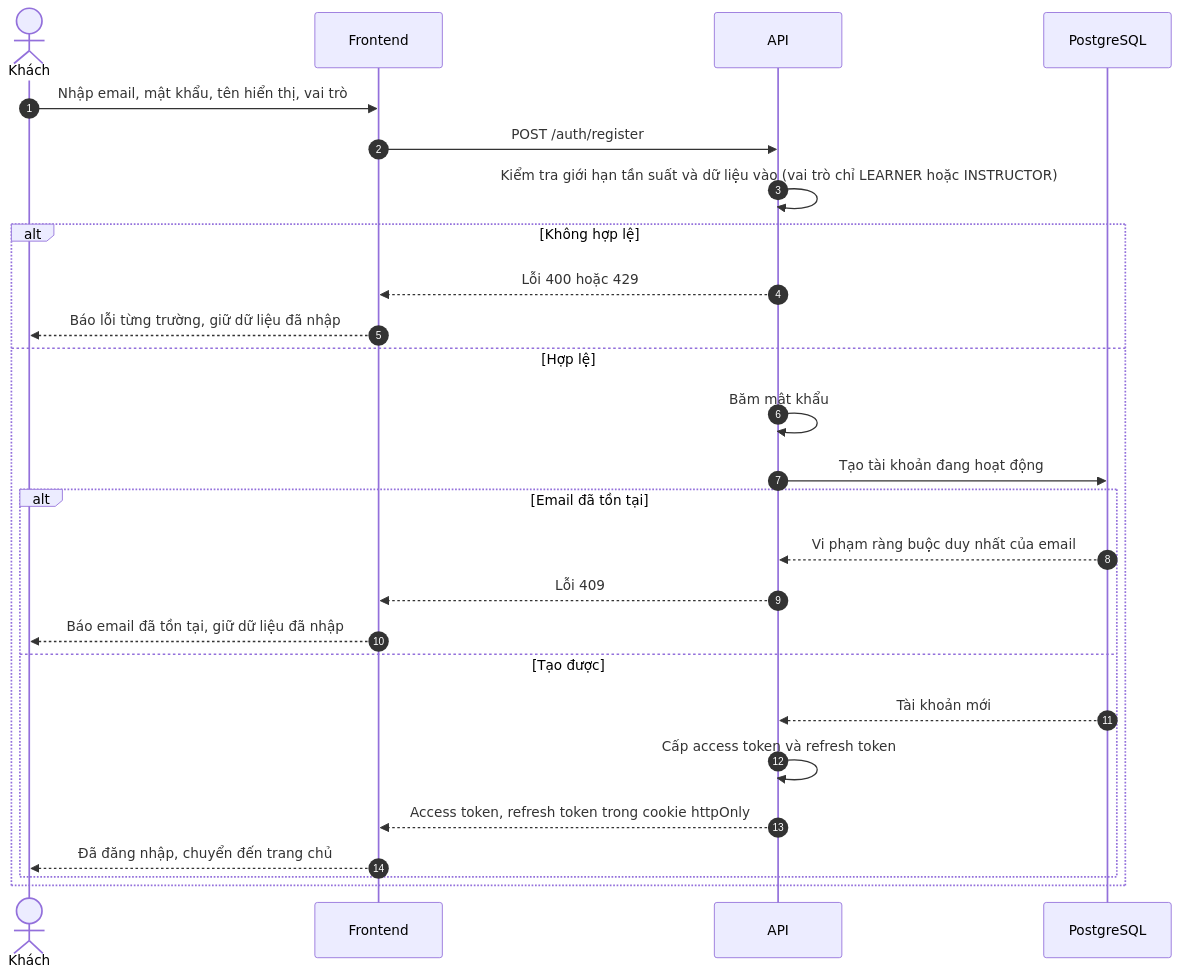
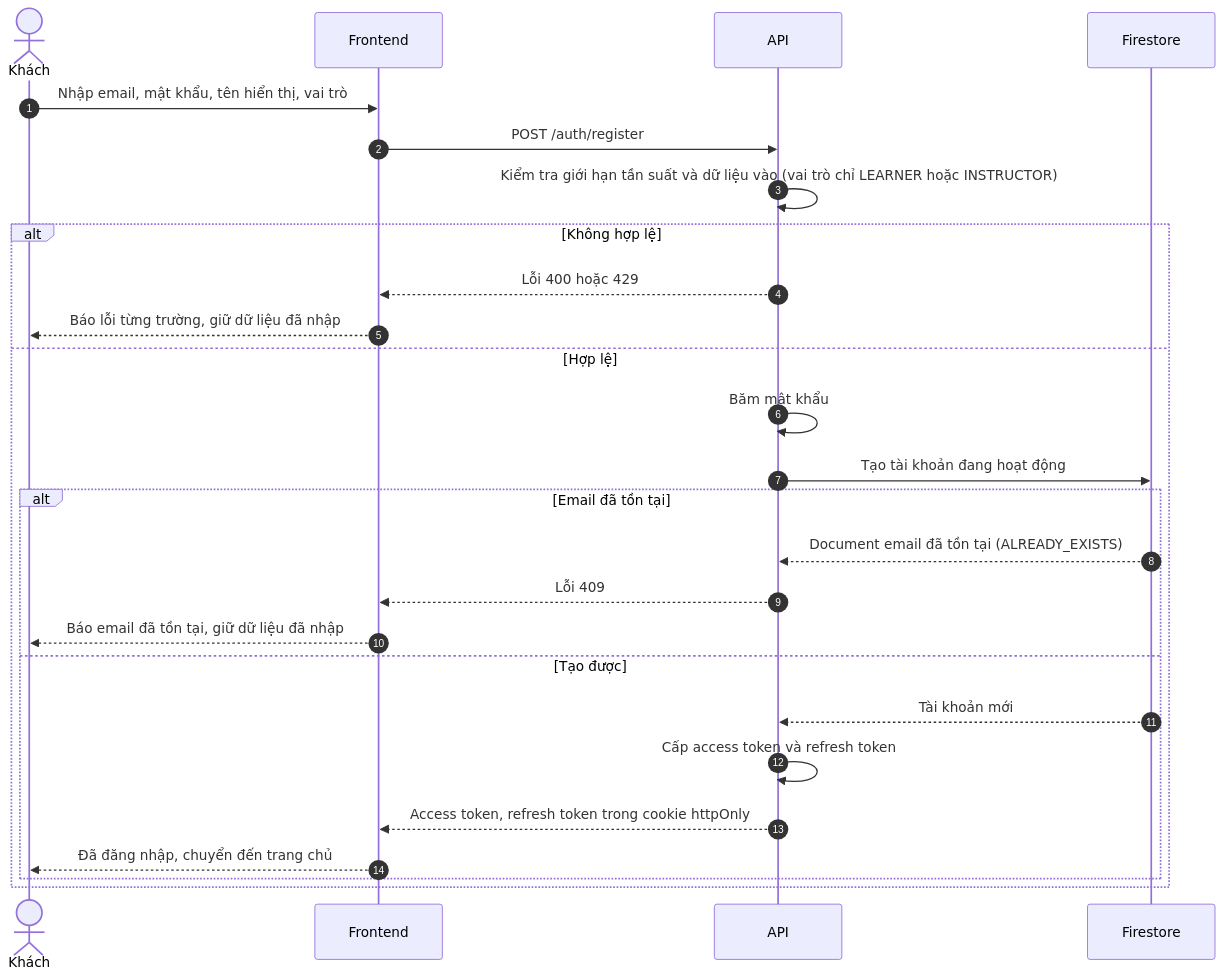
One commit to krisaleth/codepath changed the sixth of 13 diagrams in docs/sequence-diagram.md. Above: the diagram before and after it, drawn with Mermaid. The commit also changed other lines of this file and 9 other files, not shown here.

First line of the commit message:
docs: đổi cơ sở dữ liệu từ PostgreSQL và Prisma sang Cloud Firestore

````diff
--- a/docs/sequence-diagram.md
+++ b/docs/sequence-diagram.md
@@ -409,31 +420,31 @@
 ```mermaid
 sequenceDiagram
   autonumber
   actor K as Khách
   participant FE as Frontend
   participant API as API
-  participant DB as PostgreSQL
+  participant DB as Firestore
 
   K->>FE: Nhập email, mật khẩu, tên hiển thị, vai trò
   FE->>API: POST /auth/register
   API->>API: Kiểm tra giới hạn tần suất và dữ liệu vào (vai trò chỉ LEARNER hoặc INSTRUCTOR)
 
   alt Không hợp lệ
     API-->>FE: Lỗi 400 hoặc 429
     FE-->>K: Báo lỗi từng trường, giữ dữ liệu đã nhập
   else Hợp lệ
     API->>API: Băm mật khẩu
     API->>DB: Tạo tài khoản đang hoạt động
 
     alt Email đã tồn tại
-      DB-->>API: Vi phạm ràng buộc duy nhất của email
+      DB-->>API: Document email đã tồn tại (ALREADY_EXISTS)
       API-->>FE: Lỗi 409
       FE-->>K: Báo email đã tồn tại, giữ dữ liệu đã nhập
     else Tạo được
       DB-->>API: Tài khoản mới
       API->>API: Cấp access token và refresh token
       API-->>FE: Access token, refresh token trong cookie httpOnly
       FE-->>K: Đã đăng nhập, chuyển đến trang chủ
     end
   end
 ```
````
